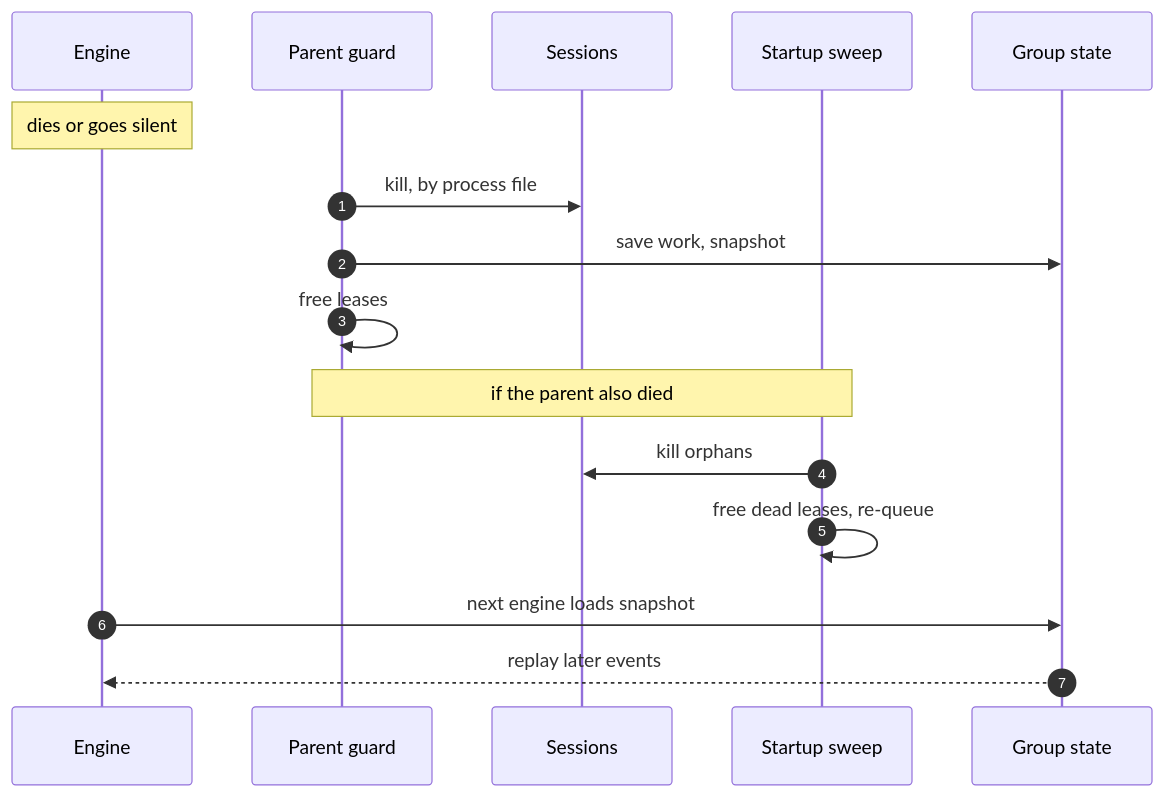
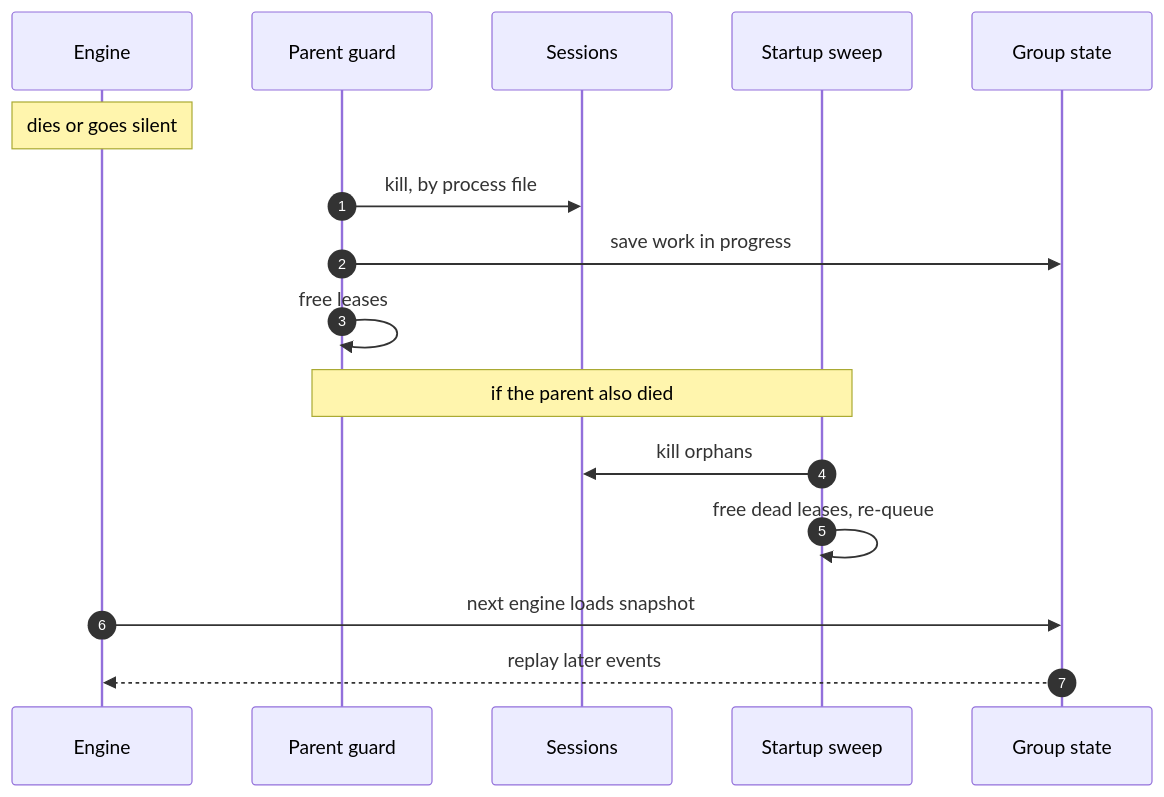
One commit to rdevitto86/komodo-agentic-harness-coding changed diagram 38 of 45 in docs/hld.md. Above: the diagram before and after it, drawn with Mermaid. The commit also changed other lines of this file, not shown here.

````diff
--- a/docs/hld.md
+++ b/docs/hld.md
@@ -1721,18 +1736,18 @@
 ```mermaid
 sequenceDiagram
   autonumber
   participant E as Engine
   participant P as Parent guard
   participant S as Sessions
   participant W as Startup sweep
   participant G as Group state
   Note over E: dies or goes silent
   P->>S: kill, by process file
-  P->>G: save work, snapshot
+  P->>G: save work in progress
   P->>P: free leases
   Note over P,W: if the parent also died
   W->>S: kill orphans
   W->>W: free dead leases, re-queue
   E->>G: next engine loads snapshot
   G-->>E: replay later events
 ```
````
